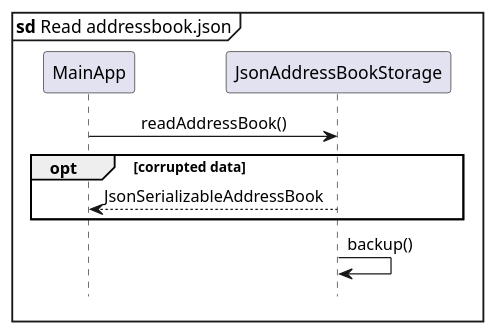
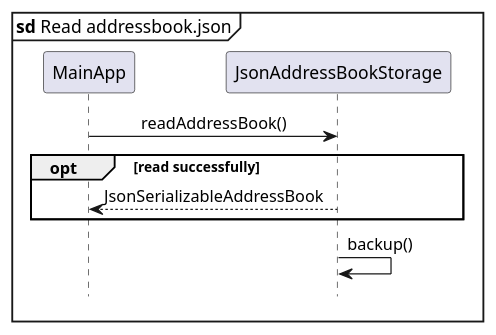
The diagram in docs/diagrams/ReadAddressBookSequenceDiagram.puml (pyk595/tp), drawn with PlantUML before and after one commit. The commit also changed 1 other file, not shown here.

```diff
--- a/docs/diagrams/ReadAddressBookSequenceDiagram.puml
+++ b/docs/diagrams/ReadAddressBookSequenceDiagram.puml
@@ -1,27 +1,27 @@
 @startuml
 'https://plantuml.com/sequence-diagram
 
 mainframe **sd** Read addressbook.json
 hide footbox
 
 skinparam Sequence {
     MessageAlign center
     BoxFontSize 15
     BoxPadding 0
     BoxFontColor #FFFFFF
     FontName Arial
 }
 Participant "MainApp" as main
 Participant "JsonAddressBookStorage" as storage
 
 main -> storage: readAddressBook()
 
 
-opt corrupted data
+opt read successfully
 storage --> main: JsonSerializableAddressBook
 end
 
 storage -> storage: backup()
 
 
 @enduml
```
